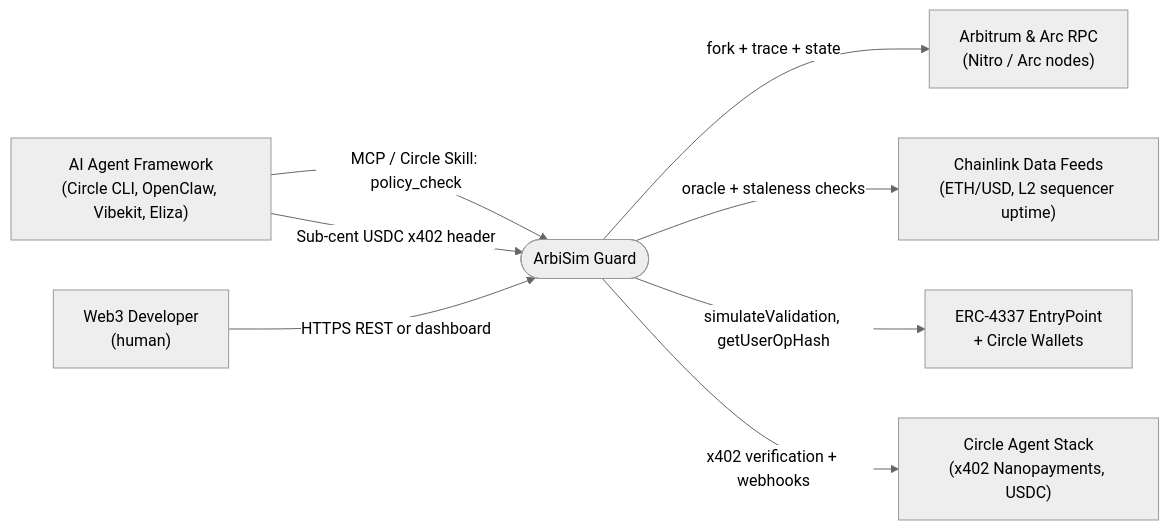
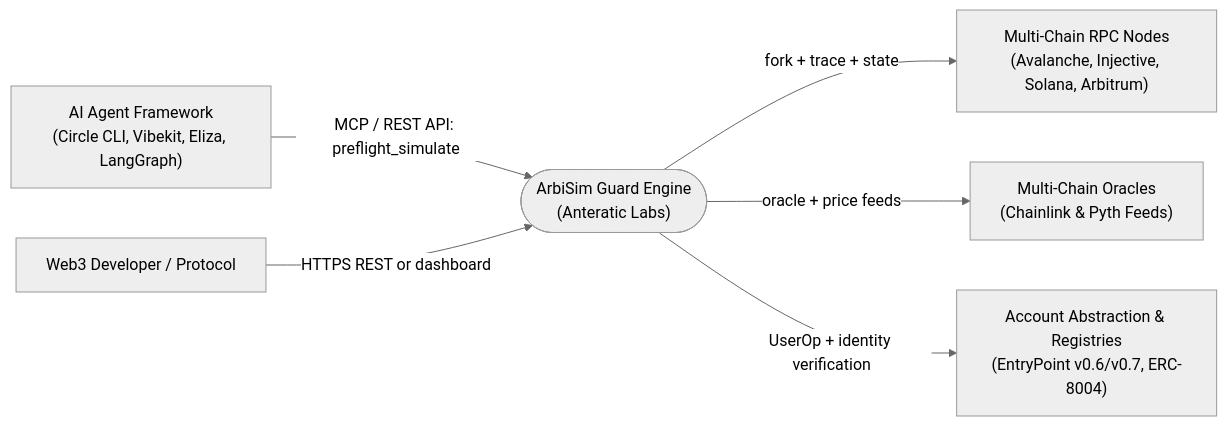
One commit to CoderRahul01/ArbiSim changed the first of 3 diagrams in docs/architecture/hld.md. Above: the diagram before and after it, drawn with Mermaid (neutral theme). The commit also changed other lines of this file and 33 other files, not shown here.

Commit message:
feat: multi-chain security pivot, llms.txt, sitemap, OpenGraph previews & dark luxury UI overhaul

````diff
--- a/docs/architecture/hld.md
+++ b/docs/architecture/hld.md
@@ -13,19 +11,16 @@
 ```mermaid
 flowchart LR
-    Agent["AI Agent Framework<br/>(Circle CLI, OpenClaw, Vibekit, Eliza)"]
-    Dev["Web3 Developer<br/>(human)"]
-    ArbiSim(["ArbiSim Guard"])
-    ArbRPC["Arbitrum & Arc RPC<br/>(Nitro / Arc nodes)"]
-    Chainlink["Chainlink Data Feeds<br/>(ETH/USD, L2 sequencer uptime)"]
-    EP["ERC-4337 EntryPoint<br/>+ Circle Wallets"]
-    Circle["Circle Agent Stack<br/>(x402 Nanopayments, USDC)"]
+    Agent["AI Agent Framework<br/>(Circle CLI, Vibekit, Eliza, LangGraph)"]
+    Dev["Web3 Developer / Protocol"]
+    ArbiSim(["ArbiSim Guard Engine<br/>(Anteratic Labs)"])
+    MultiRPC["Multi-Chain RPC Nodes<br/>(Avalanche, Injective, Solana, Arbitrum)"]
+    Oracles["Multi-Chain Oracles<br/>(Chainlink & Pyth Feeds)"]
+    EP["Account Abstraction & Registries<br/>(EntryPoint v0.6/v0.7, ERC-8004)"]
 
-    Agent -->|MCP / Circle Skill: policy_check| ArbiSim
-    Dev    -->|HTTPS REST or dashboard| ArbiSim
-    Agent  -->|Sub-cent USDC x402 header| ArbiSim
+    Agent -->|MCP / REST API: preflight_simulate| ArbiSim
+    Dev -->|HTTPS REST or dashboard| ArbiSim
 
-    ArbiSim -->|fork + trace + state| ArbRPC
-    ArbiSim -->|oracle + staleness checks| Chainlink
-    ArbiSim -->|simulateValidation, getUserOpHash| EP
-    ArbiSim -->|x402 verification + webhooks| Circle
+    ArbiSim -->|fork + trace + state| MultiRPC
+    ArbiSim -->|oracle + price feeds| Oracles
+    ArbiSim -->|UserOp + identity verification| EP
 ```
````
